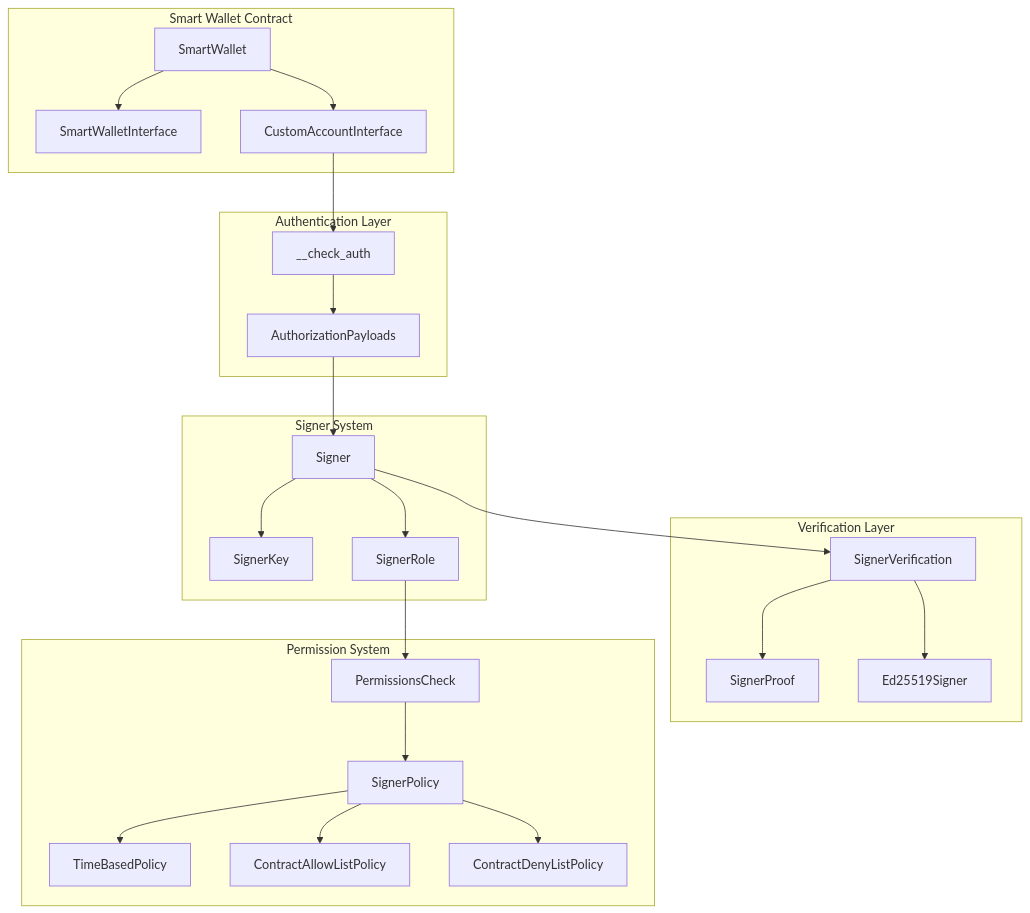
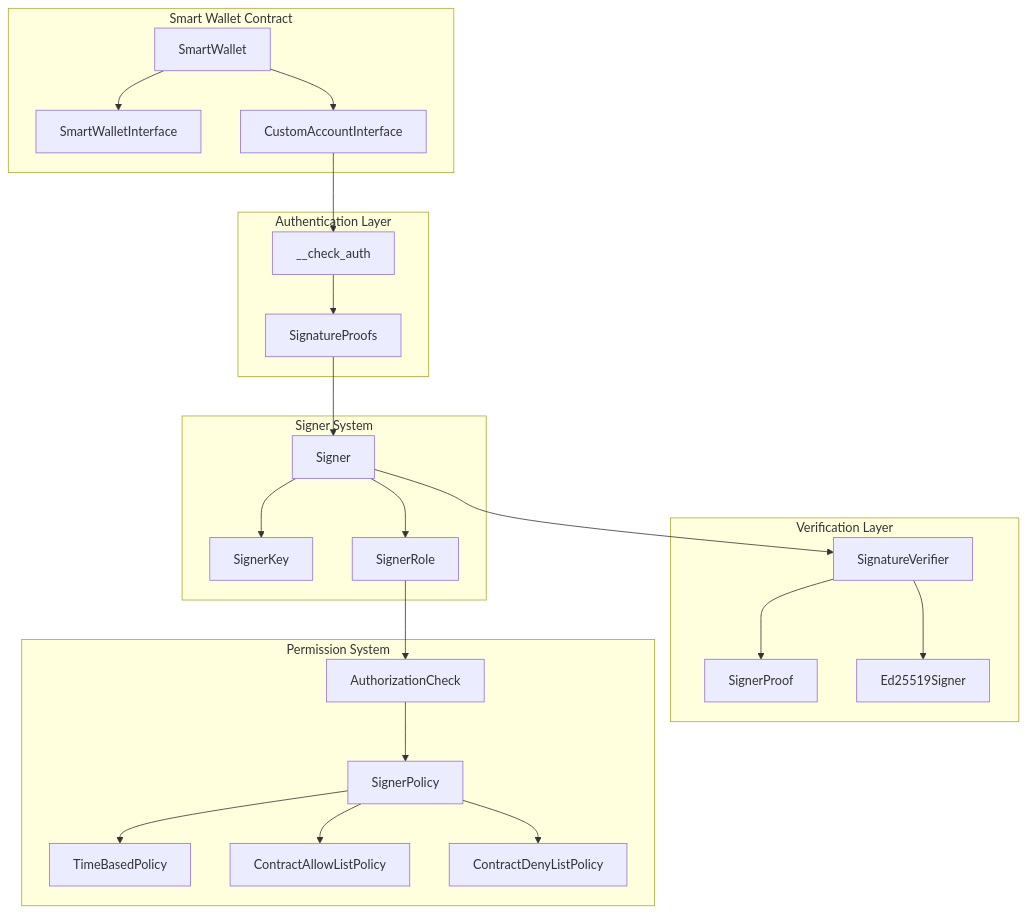
Before and after one commit to Crossmint/stellar-smart-account: the first of 4 diagrams in contracts/smart-wallet/README.md, drawn with Mermaid. The commit also changed other lines of this file, not shown here.

````diff
--- a/contracts/smart-wallet/README.md
+++ b/contracts/smart-wallet/README.md
@@ -32,53 +32,53 @@
 ```mermaid
 graph TB
     subgraph "Smart Wallet Contract"
         SW[SmartWallet]
         SWI[SmartWalletInterface]
         CAI[CustomAccountInterface]
         
         SW --> SWI
         SW --> CAI
     end
     
     subgraph "Authentication Layer"
         CA[__check_auth]
-        AP[AuthorizationPayloads]
+        AP[SignatureProofs]
         
         CAI --> CA
         CA --> AP
     end
     
     subgraph "Signer System"
         S[Signer]
         SK[SignerKey]
         SR[SignerRole]
         
         AP --> S
         S --> SK
         S --> SR
     end
     
     subgraph "Verification Layer"
-        SV[SignerVerification]
+        SV[SignatureVerifier]
         SP[SignerProof]
         E25[Ed25519Signer]
         
         S --> SV
         SV --> SP
         SV --> E25
     end
     
     subgraph "Permission System"
-        PC[PermissionsCheck]
+        PC[AuthorizationCheck]
         SPol[SignerPolicy]
         TB[TimeBasedPolicy]
         AL[ContractAllowListPolicy]
         DL[ContractDenyListPolicy]
         
         SR --> PC
         PC --> SPol
         SPol --> TB
         SPol --> AL
         SPol --> DL
     end
 ```
````
